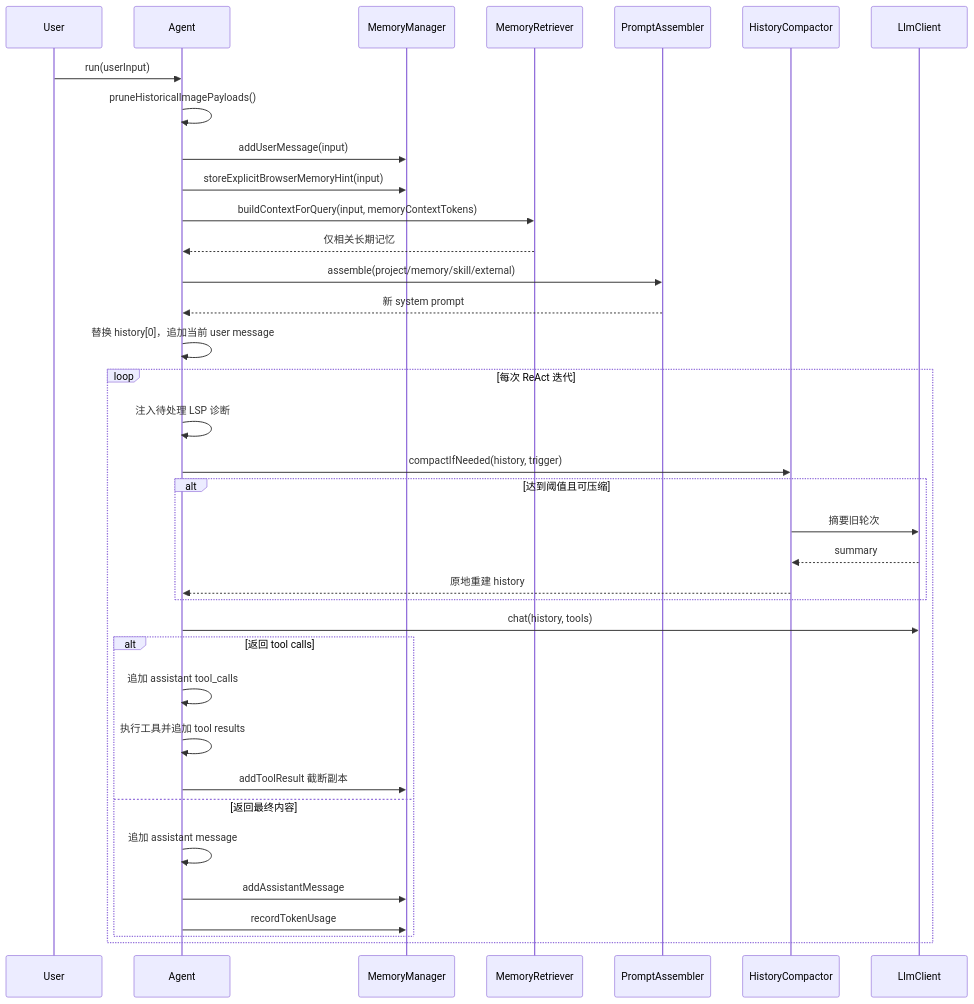
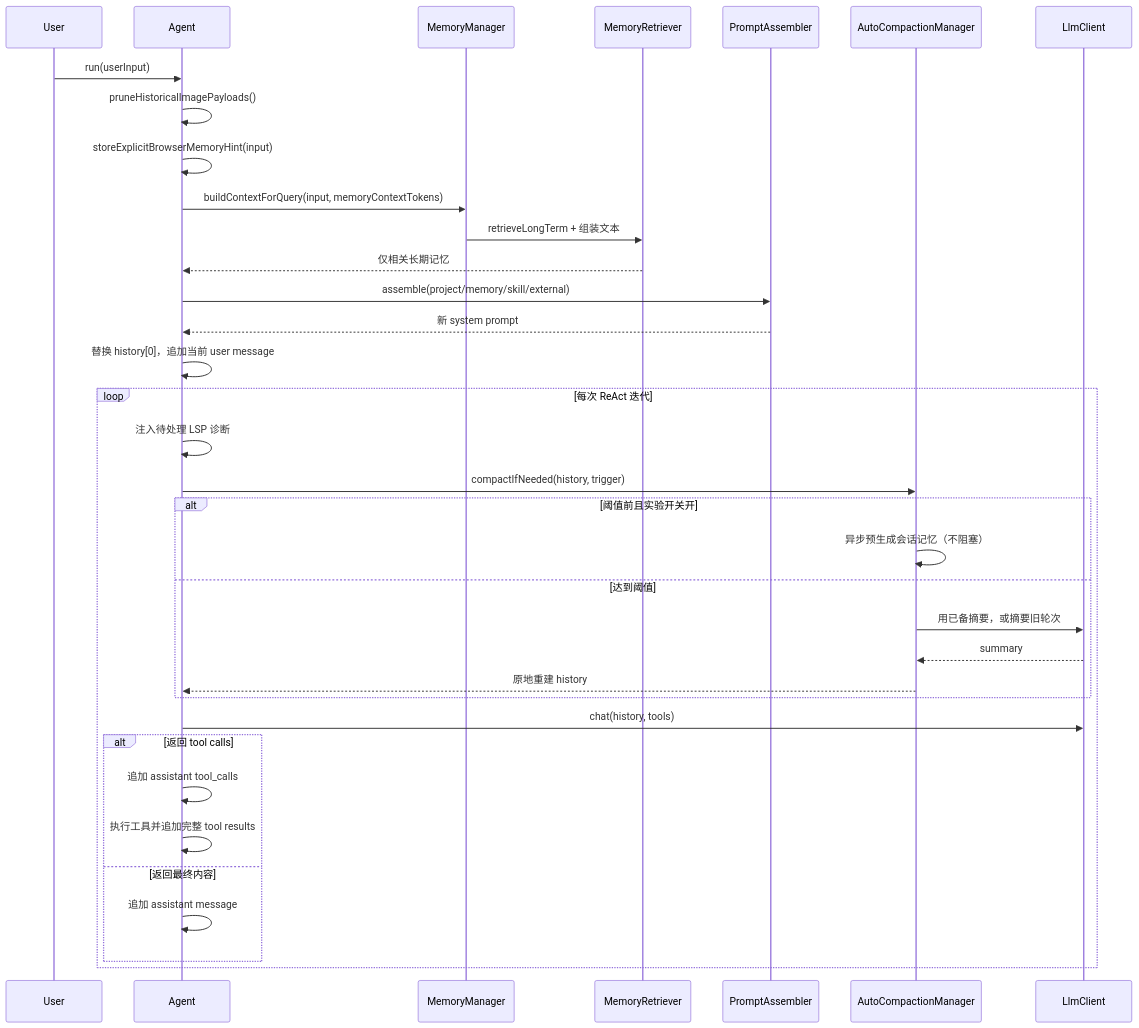
One commit to zgjdev/Code-Agent changed the second of 2 diagrams in docs/dev/06-memory-context.md. Above: the diagram before and after it, drawn with Mermaid. The commit also changed other lines of this file and 5 other files, not shown here.

````diff
--- a/docs/dev/06-memory-context.md
+++ b/docs/dev/06-memory-context.md
@@ -90,39 +99,38 @@
 ```mermaid
 sequenceDiagram
     participant U as User
     participant A as Agent
     participant MM as MemoryManager
     participant MR as MemoryRetriever
     participant PA as PromptAssembler
-    participant HC as HistoryCompactor
+    participant AC as AutoCompactionManager
     participant L as LlmClient
 
     U->>A: run(userInput)
     A->>A: pruneHistoricalImagePayloads()
-    A->>MM: addUserMessage(input)
-    A->>MM: storeExplicitBrowserMemoryHint(input)
-    A->>MR: buildContextForQuery(input, memoryContextTokens)
+    A->>A: storeExplicitBrowserMemoryHint(input)
+    A->>MM: buildContextForQuery(input, memoryContextTokens)
+    MM->>MR: retrieveLongTerm + 组装文本
     MR-->>A: 仅相关长期记忆
     A->>PA: assemble(project/memory/skill/external)
     PA-->>A: 新 system prompt
     A->>A: 替换 history[0]，追加当前 user message
     loop 每次 ReAct 迭代
         A->>A: 注入待处理 LSP 诊断
-        A->>HC: compactIfNeeded(history, trigger)
-        alt 达到阈值且可压缩
-            HC->>L: 摘要旧轮次
-            L-->>HC: summary
-            HC-->>A: 原地重建 history
+        A->>AC: compactIfNeeded(history, trigger)
+        alt 阈值前且实验开关开
+            AC->>AC: 异步预生成会话记忆（不阻塞）
+        else 达到阈值
+            AC->>L: 用已备摘要，或摘要旧轮次
+            L-->>AC: summary
+            AC-->>A: 原地重建 history
         end
         A->>L: chat(history, tools)
         alt 返回 tool calls
             A->>A: 追加 assistant tool_calls
-            A->>A: 执行工具并追加 tool results
-            A->>MM: addToolResult 截断副本
+            A->>A: 执行工具并追加完整 tool results
         else 返回最终内容
             A->>A: 追加 assistant message
-            A->>MM: addAssistantMessage
-            A->>MM: recordTokenUsage
         end
     end
 ```
````
